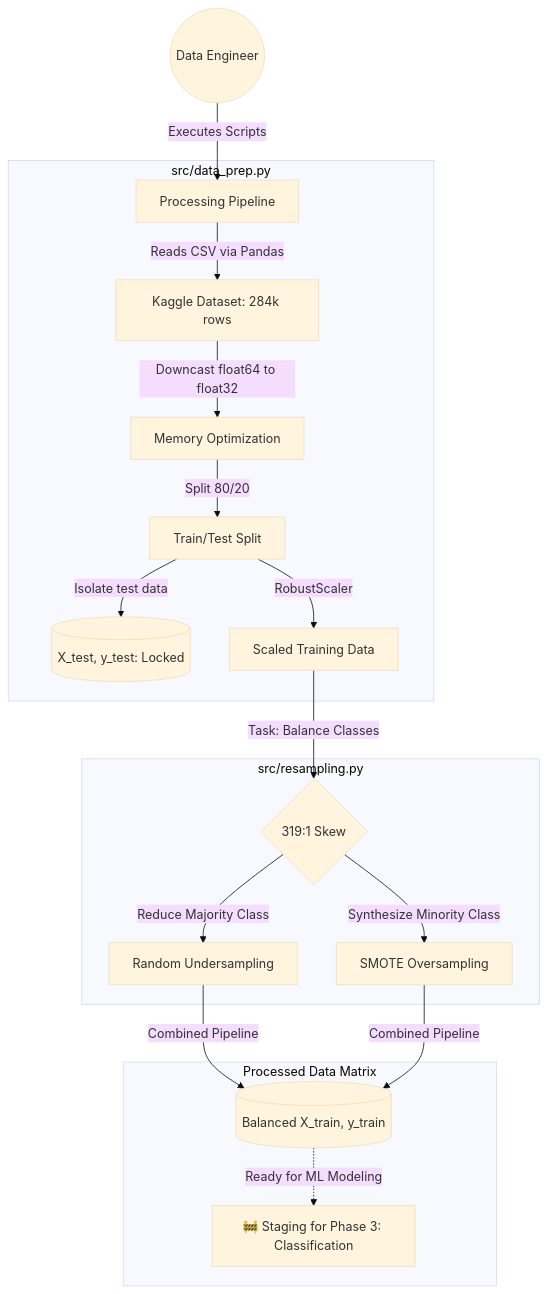
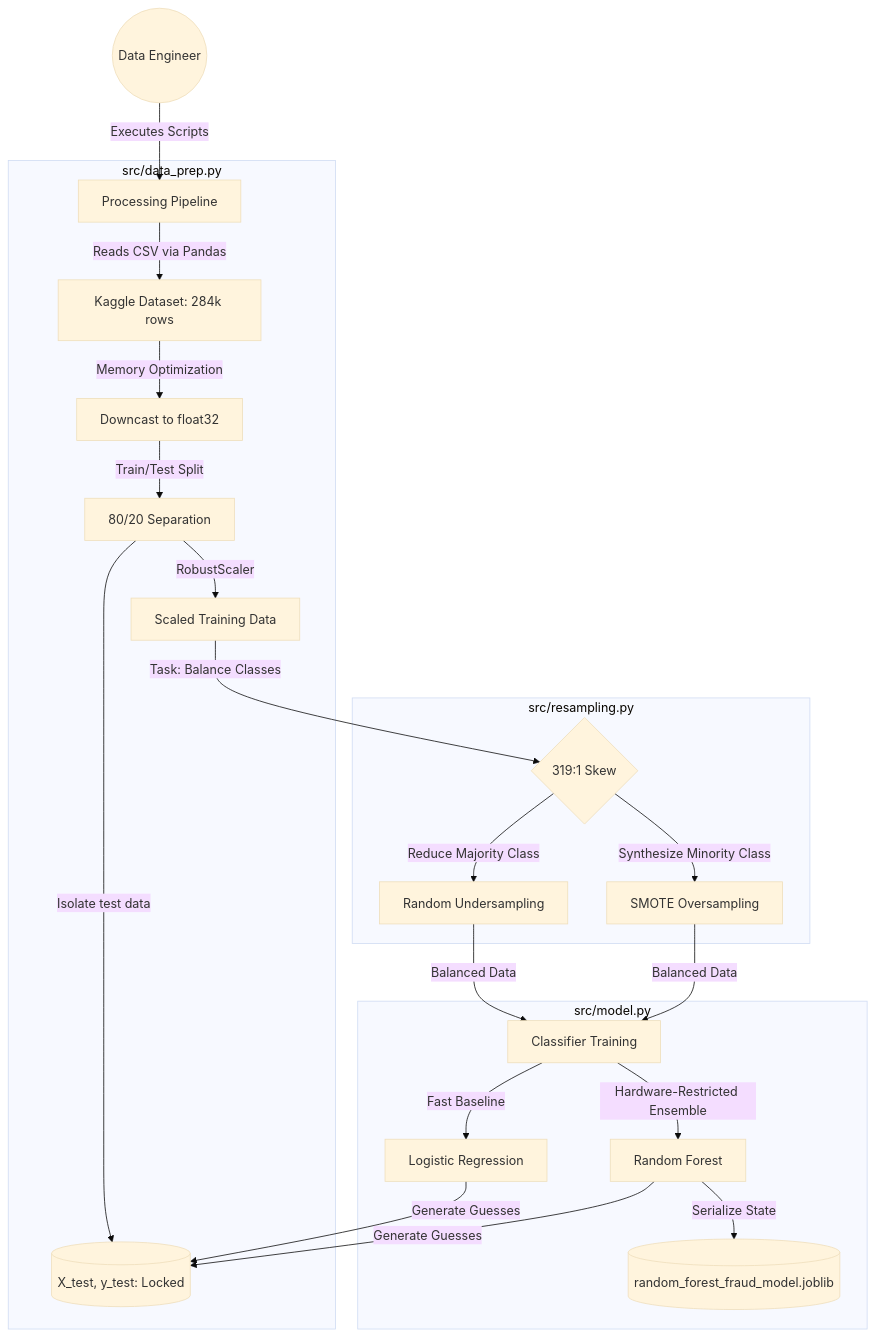
The diagram in README.md (SyedAzlanzar/credit-card-fraud-detection), drawn with Mermaid (base theme) before and after one commit. The commit also changed other lines of this file, not shown here.

Commit message:
@update: : README to reflect completion of data ingestion, resampling, and baseline modeling phases.

````diff
--- a/README.md
+++ b/README.md
@@ -25,24 +26,27 @@
 ```mermaid
 flowchart TD
     User((Data Engineer)) -->|Executes Scripts| Pipeline[Processing Pipeline]
     
     subgraph Data Ingestion Layer [src/data_prep.py]
         Pipeline -->|Reads CSV via Pandas| RawData[Kaggle Dataset: 284k rows]
-        RawData -->|Downcast float64 to float32| MemOpt[Memory Optimization]
-        MemOpt -->|Split 80/20| Split[Train/Test Split]
+        RawData -->|Memory Optimization| MemOpt[Downcast to float32]
+        MemOpt -->|Train/Test Split| Split[80/20 Separation]
         Split -->|Isolate test data| TestSet[(X_test, y_test: Locked)]
         Split -->|RobustScaler| Scaler[Scaled Training Data]
     end
     
     subgraph Resampling Engine [src/resampling.py]
         Scaler -->|Task: Balance Classes| Imbalance{319:1 Skew}
         Imbalance -->|Reduce Majority Class| Under[Random Undersampling]
         Imbalance -->|Synthesize Minority Class| Over[SMOTE Oversampling]
     end
 
-    subgraph Processed Data Matrix
-        Under & Over -->|Combined Pipeline| BalancedOut[(Balanced X_train, y_train)]
-        BalancedOut -.->|Ready for ML Modeling| ML[🚧 Staging for Phase 3: Classification]
+    subgraph Machine Learning Engine [src/model.py]
+        Under & Over -->|Balanced Data| ML[Classifier Training]
+        ML -->|Fast Baseline| LR[Logistic Regression]
+        ML -->|Hardware-Restricted Ensemble| RF[Random Forest]
+        LR & RF -->|Generate Guesses| TestSet
+        RF -->|Serialize State| Joblib[(random_forest_fraud_model.joblib)]
     end
 
 ```
````
